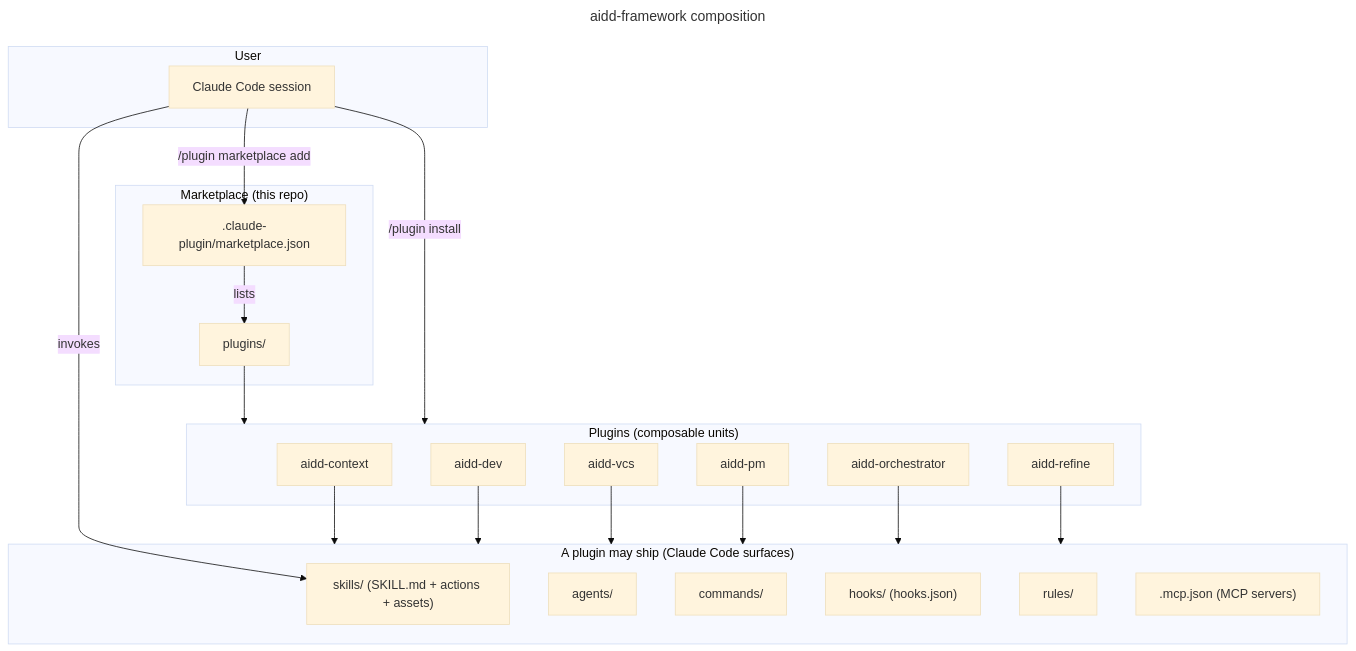
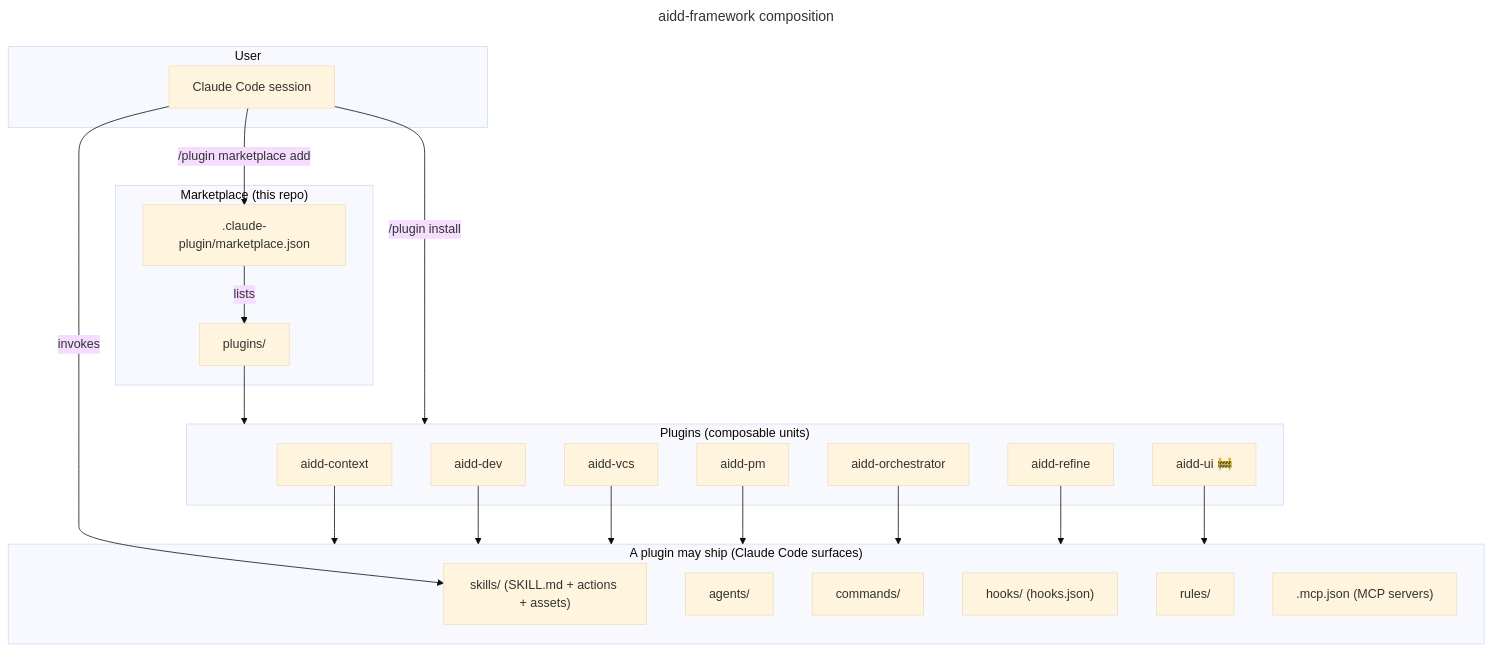
The first of 2 diagrams in docs/ARCHITECTURE.md (ai-driven-dev/framework), drawn with Mermaid (base theme) before and after one commit. The commit also changed other lines of this file and 10 other files, not shown here.

````diff
--- a/docs/ARCHITECTURE.md
+++ b/docs/ARCHITECTURE.md
@@ -7,44 +7,46 @@
 ```mermaid
 ---
 title: aidd-framework composition
 ---
 flowchart TB
   subgraph User
     Editor["Claude Code session"]
   end
 
   subgraph Marketplace["Marketplace (this repo)"]
     Manifest[".claude-plugin/marketplace.json"]
     PluginsDir["plugins/"]
   end
 
   subgraph Plugins["Plugins (composable units)"]
     Context["aidd-context"]
     Dev["aidd-dev"]
     Vcs["aidd-vcs"]
     Pm["aidd-pm"]
     Orchestrator["aidd-orchestrator"]
     Refine["aidd-refine"]
+    Ui["aidd-ui 🚧"]
   end
 
   subgraph SkillUnit["A plugin may ship (Claude Code surfaces)"]
     Skills["skills/ (SKILL.md + actions + assets)"]
     Agents["agents/"]
     Commands["commands/"]
     Hooks["hooks/ (hooks.json)"]
     Rules["rules/"]
     Mcp[".mcp.json (MCP servers)"]
   end
 
   Editor -->|"/plugin marketplace add"| Manifest
   Manifest -->|lists| PluginsDir
   PluginsDir --> Plugins
   Context --> SkillUnit
   Dev --> SkillUnit
   Vcs --> SkillUnit
   Pm --> SkillUnit
   Orchestrator --> SkillUnit
   Refine --> SkillUnit
+  Ui --> SkillUnit
   Editor -->|"/plugin install"| Plugins
   Editor -->|invokes| Skills
 ```
````
